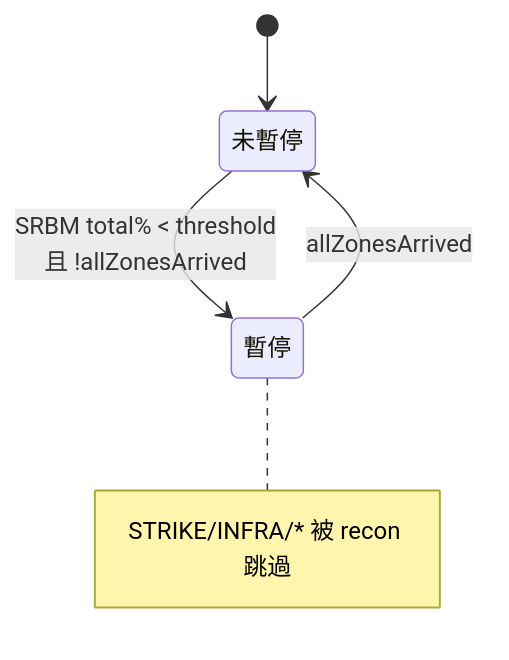
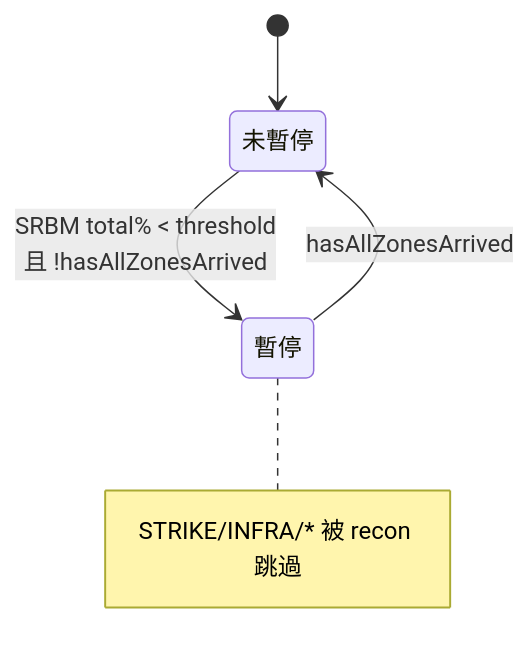
Before and after one commit to pullupjumper/formosa-in-flames: the third of 4 diagrams in docs/landingOps/coordinator.md, drawn with Mermaid. The commit also changed other lines of this file and 93 other files, not shown here.

````diff
--- a/docs/landingOps/coordinator.md
+++ b/docs/landingOps/coordinator.md
@@ -89,7 +89,7 @@
 ```mermaid
 stateDiagram-v2
     [*] --> 未暫停
-    未暫停 --> 暫停: SRBM total% < threshold<br>且 !allZonesArrived
-    暫停 --> 未暫停: allZonesArrived
+    未暫停 --> 暫停: SRBM total% < threshold<br>且 !hasAllZonesArrived
+    暫停 --> 未暫停: hasAllZonesArrived
     note right of 暫停: STRIKE/INFRA/* 被 recon 跳過
 ```
````
